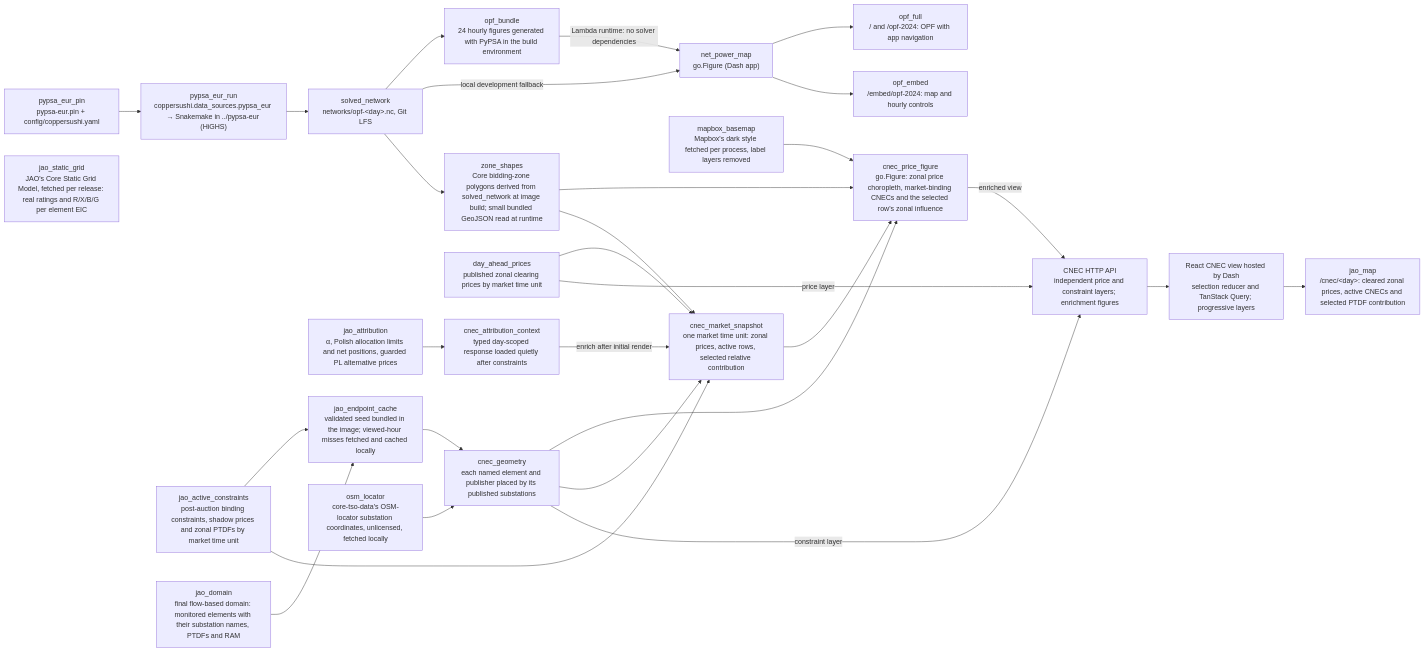
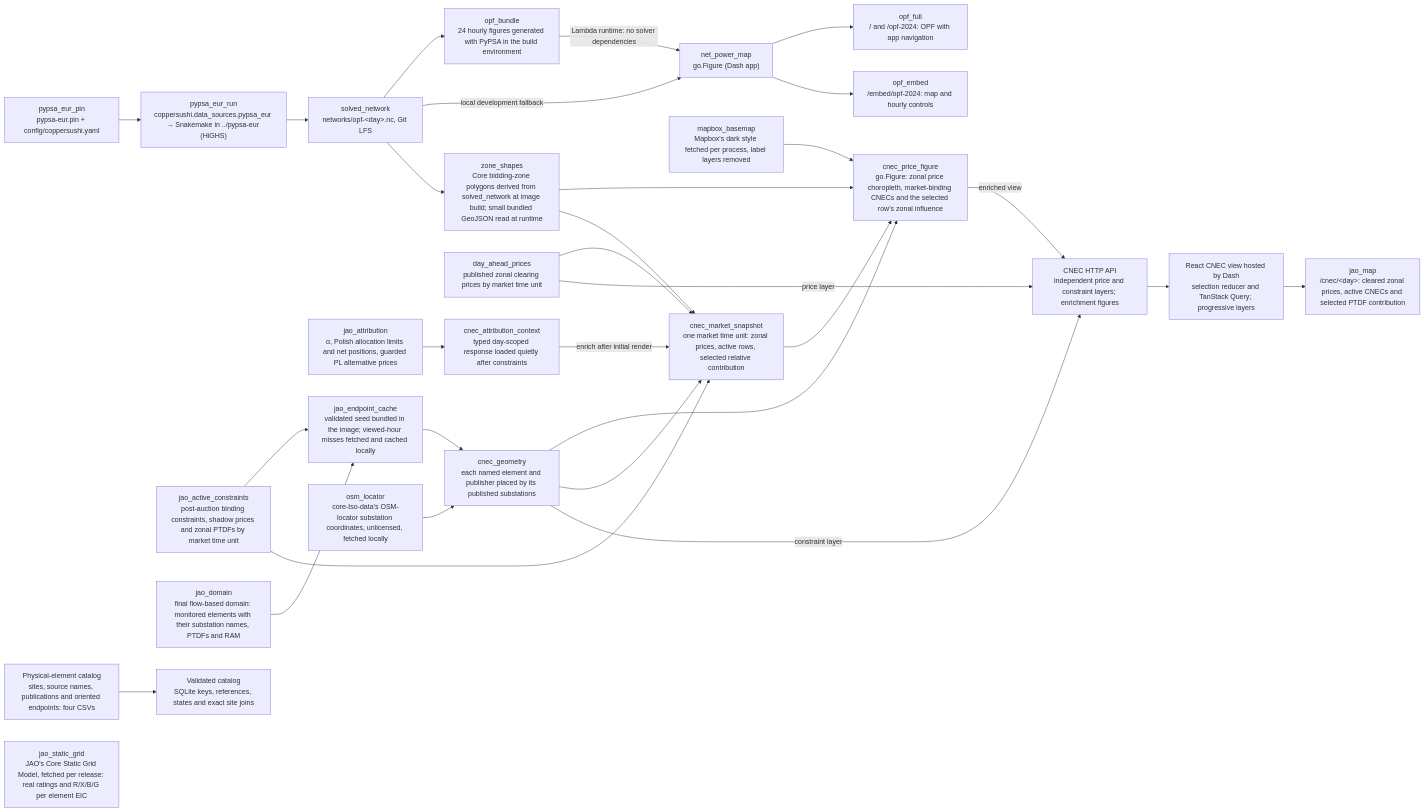
The diagram in wiki/sushi-2.md (zoltanmaric/coppersushi), drawn with Mermaid before and after one commit. The commit also changed 10 other files, not shown here.

Commit message:
Validate physical-element CSV catalogs with SQLite

````diff
--- a/wiki/sushi-2.md
+++ b/wiki/sushi-2.md
@@ -17,59 +17,62 @@
 ```mermaid
 flowchart LR
     classDef planned stroke-dasharray: 5 5,stroke:#888,fill:none
 
     net_power_map["net_power_map<br/>go.Figure (Dash app)"]
 
     pypsa_eur_pin["pypsa_eur_pin<br/>pypsa-eur.pin + config/coppersushi.yaml"]
     pypsa_eur_run["pypsa_eur_run<br/>coppersushi.data_sources.pypsa_eur → Snakemake in ../pypsa-eur (HiGHS)"]
     solved_network["solved_network<br/>networks/opf-&lt;day&gt;.nc, Git LFS"]
     jao_active_constraints["jao_active_constraints<br/>post-auction binding constraints, shadow prices and zonal PTDFs by market time unit"]
     jao_attribution["jao_attribution<br/>α, Polish allocation limits and net positions, guarded PL alternative prices"]
     cnec_attribution_context["cnec_attribution_context<br/>typed day-scoped response loaded quietly after constraints"]
     jao_domain["jao_domain<br/>final flow-based domain: monitored elements with their substation names, PTDFs and RAM"]
     jao_endpoint_cache["jao_endpoint_cache<br/>validated seed bundled in the image; viewed-hour misses fetched and cached locally"]
     osm_locator["osm_locator<br/>core-tso-data's OSM-locator substation coordinates, unlicensed, fetched locally"]
+    element_catalog["Physical-element catalog<br/>sites, source names, publications and oriented endpoints: four CSVs"]
+    validated_catalog["Validated catalog<br/>SQLite keys, references, states and exact site joins"]
+    element_catalog --> validated_catalog
     cnec_geometry["cnec_geometry<br/>each named element and publisher placed by its published substations"]
     zone_shapes["zone_shapes<br/>Core bidding-zone polygons derived from solved_network at image build; small bundled GeoJSON read at runtime"]
     mapbox_basemap["mapbox_basemap<br/>Mapbox's dark style fetched per process, label layers removed"]
 
     jao_static_grid["jao_static_grid<br/>JAO's Core Static Grid Model, fetched per release: real ratings and R/X/B/G per element EIC"]
 
     day_ahead_prices["day_ahead_prices<br/>published zonal clearing prices by market time unit"]
     cnec_market_snapshot["cnec_market_snapshot<br/>one market time unit: zonal prices, active rows, selected relative contribution"]
     cnec_price_figure["cnec_price_figure<br/>go.Figure: zonal price choropleth, market-binding CNECs and the selected row's zonal influence"]
     jao_map["jao_map<br/>/cnec/&lt;day&gt;: cleared zonal prices, active CNECs and selected PTDF contribution"]
 
     pypsa_eur_pin --> pypsa_eur_run
     pypsa_eur_run --> solved_network
     opf_full["opf_full<br/>/ and /opf-2024: OPF with app navigation"]
     opf_embed["opf_embed<br/>/embed/opf-2024: map and hourly controls"]
     net_power_map --> opf_full
     net_power_map --> opf_embed
     opf_bundle["opf_bundle<br/>24 hourly figures generated with PyPSA in the build environment"]
     solved_network --> opf_bundle
     opf_bundle -->|Lambda runtime: no solver dependencies| net_power_map
     solved_network -->|local development fallback| net_power_map
     solved_network --> zone_shapes
     zone_shapes --> cnec_price_figure
     jao_domain --> jao_endpoint_cache
     jao_active_constraints --> jao_endpoint_cache
     jao_endpoint_cache --> cnec_geometry
     osm_locator --> cnec_geometry
     cnec_geometry --> cnec_price_figure
     mapbox_basemap --> cnec_price_figure
     jao_attribution --> cnec_attribution_context
     cnec_attribution_context -->|enrich after initial render| cnec_market_snapshot
     cnec_geometry --> cnec_market_snapshot
     zone_shapes --> cnec_market_snapshot
     jao_active_constraints --> cnec_market_snapshot
     day_ahead_prices --> cnec_market_snapshot
     cnec_market_snapshot --> cnec_price_figure
     cnec_http["CNEC HTTP API<br/>independent price and constraint layers; enrichment figures"]
     react_cnec["React CNEC view hosted by Dash<br/>selection reducer and TanStack Query; progressive layers"]
     day_ahead_prices -->|price layer| cnec_http
     cnec_geometry -->|constraint layer| cnec_http
     cnec_price_figure -->|enriched view| cnec_http
     cnec_http --> react_cnec
     react_cnec --> jao_map
 ```
````
